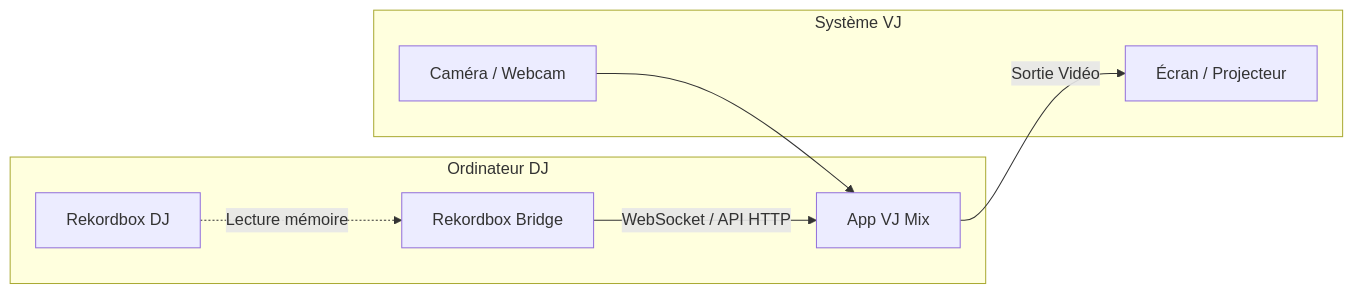
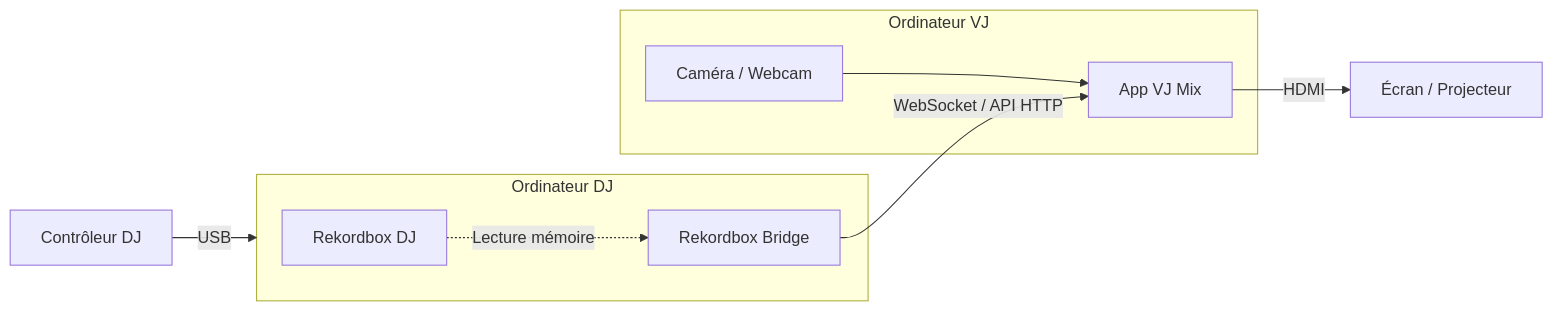
One commit to eric-bastian/vj-mix-releases changed the second of 2 diagrams in README.md. Above: the diagram before and after it, drawn with Mermaid. The commit also changed other lines of this file, not shown here.

Commit message:
Update architecture diagrams: separate computers and add HDMI/Controller details

````diff
--- a/README.md
+++ b/README.md
@@ -118,12 +125,15 @@
 ```mermaid
 flowchart LR
-    subgraph Ordinateur DJ
+    CTRL[Contrôleur DJ] -->|USB| DJC
+
+    subgraph DJC [Ordinateur DJ]
         RB[Rekordbox DJ] -.->|Lecture mémoire| BR[Rekordbox Bridge]
-        BR -->|WebSocket / API HTTP| VJ
     end
     
-    subgraph Système VJ
+    subgraph VJC [Ordinateur VJ]
         CAM[Caméra / Webcam] --> VJ[App VJ Mix]
-        VJ -->|Sortie Vidéo| SCR[Écran / Projecteur]
     end
+    
+    BR -->|WebSocket / API HTTP| VJ
+    VJ -->|HDMI| SCR[Écran / Projecteur]
 ```
````
